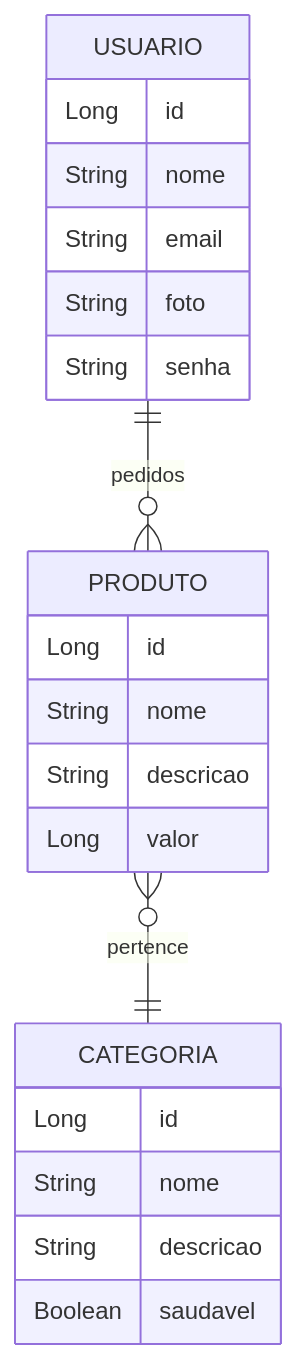
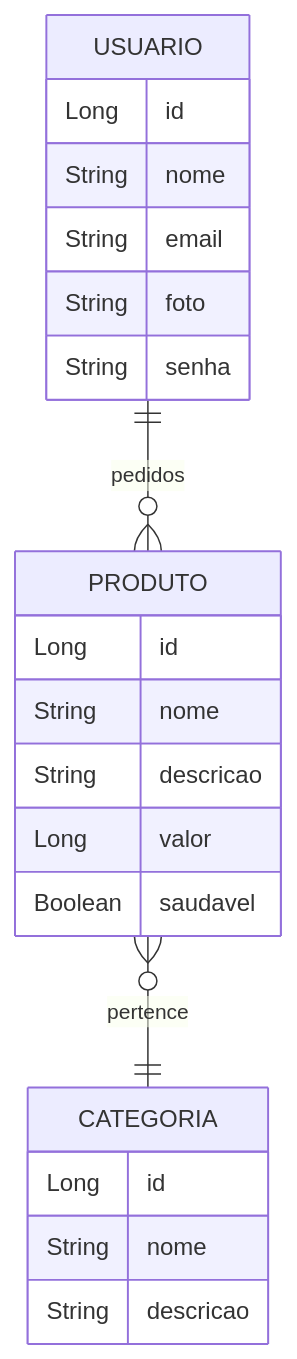
Before and after one commit to grupo2generation77/delivery-generation-gp2: the diagram in README.md, drawn with Mermaid. The commit also changed other lines of this file, not shown here.

````diff
--- a/README.md
+++ b/README.md
@@ -27,24 +27,24 @@
 ```mermaid
 erDiagram
     USUARIO {
         Long id
         String nome
         String email
         String foto
         String senha
     }
     PRODUTO {
         Long id
         String nome
         String descricao
         Long valor
+        Boolean saudavel
     }
     CATEGORIA {
         Long id
         String nome
         String descricao
-        Boolean saudavel
     }
     USUARIO ||--o{ PRODUTO : pedidos
     PRODUTO }o--|| CATEGORIA : pertence
 ```
````
